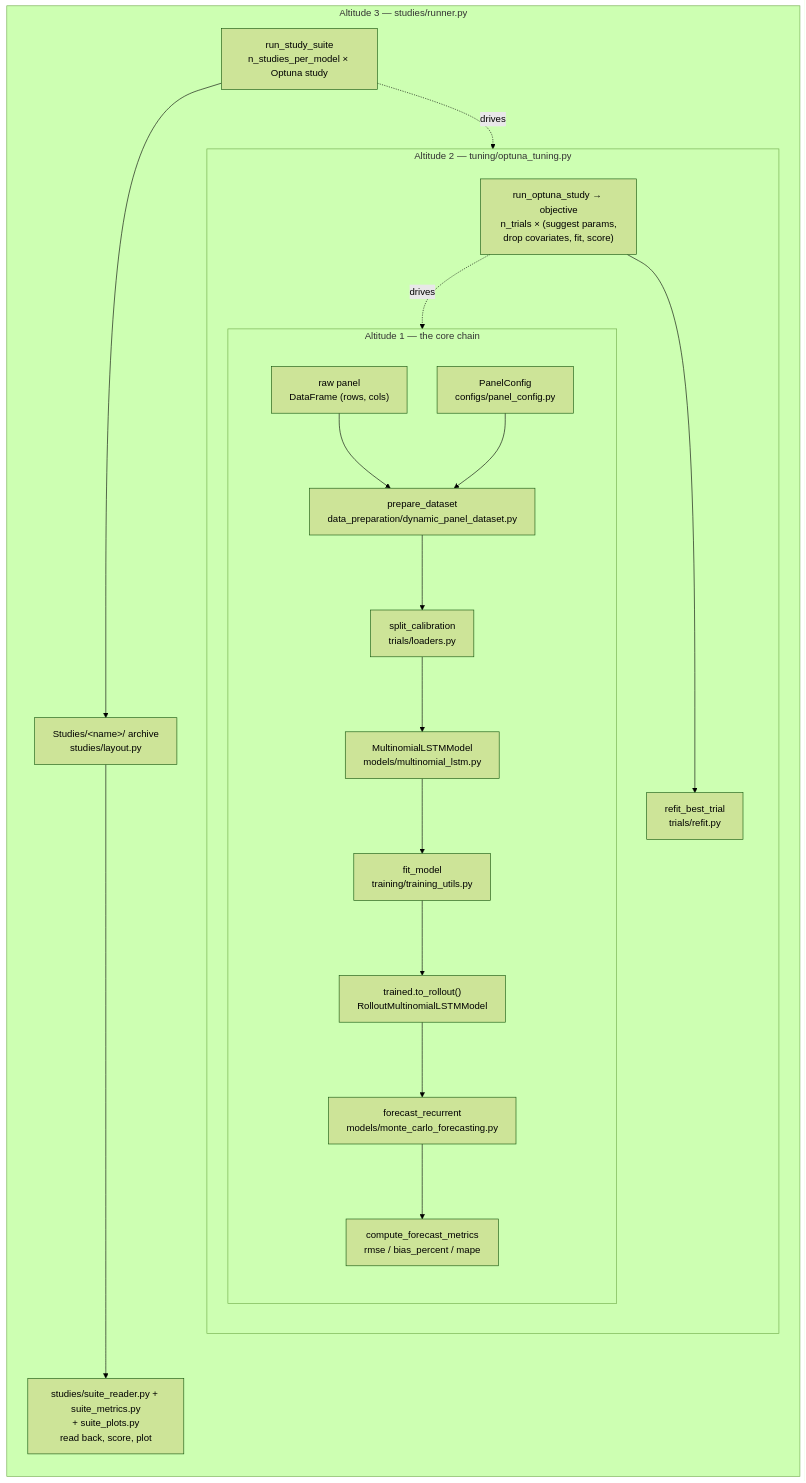
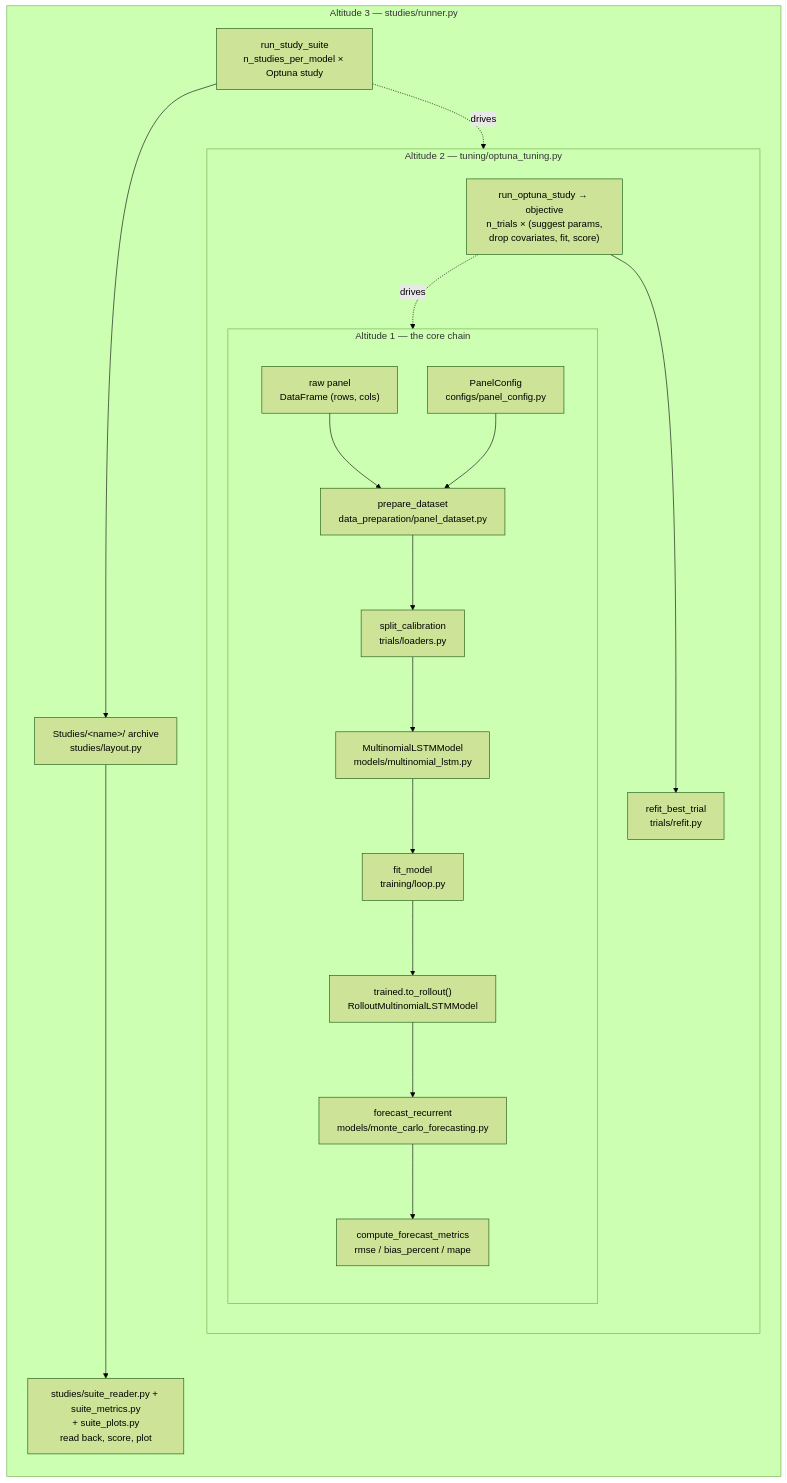
One commit to HuberPablo/panelclv changed the first of 3 diagrams in docs/running-a-model.md. Above: the diagram before and after it, drawn with Mermaid (forest theme). The commit also changed other lines of this file and 43 other files, not shown here.

````diff
--- a/docs/running-a-model.md
+++ b/docs/running-a-model.md
@@ -49,33 +49,33 @@
 ```mermaid
 flowchart TD
     subgraph A3["Altitude 3 — studies/runner.py"]
         direction TB
         subgraph A2["Altitude 2 — tuning/optuna_tuning.py"]
             direction TB
             subgraph A1["Altitude 1 — the core chain"]
                 direction TB
                 P["raw panel<br/>DataFrame (rows, cols)"]
                 C["PanelConfig<br/>configs/panel_config.py"]
-                D["prepare_dataset<br/>data_preparation/dynamic_panel_dataset.py"]
+                D["prepare_dataset<br/>data_preparation/panel_dataset.py"]
                 L["split_calibration<br/>trials/loaders.py"]
                 M["MultinomialLSTMModel<br/>models/multinomial_lstm.py"]
-                F["fit_model<br/>training/training_utils.py"]
+                F["fit_model<br/>training/loop.py"]
                 I["trained.to_rollout()<br/>RolloutMultinomialLSTMModel"]
                 R["forecast_recurrent<br/>models/monte_carlo_forecasting.py"]
                 S["compute_forecast_metrics<br/>rmse / bias_percent / mape"]
                 P --> D
                 C --> D
                 D --> L --> M --> F --> I --> R --> S
             end
             O["run_optuna_study → objective<br/>n_trials × (suggest params,<br/>drop covariates, fit, score)"]
             W["refit_best_trial<br/>trials/refit.py"]
             O -.->|"drives"| A1
             O --> W
         end
         SS["run_study_suite<br/>n_studies_per_model × Optuna study"]
         AR["Studies/&lt;name&gt;/ archive<br/>studies/layout.py"]
         AN["studies/suite_reader.py + suite_metrics.py<br/>+ suite_plots.py<br/>read back, score, plot"]
         SS -.->|"drives"| A2
         SS --> AR --> AN
     end
 ```
````
